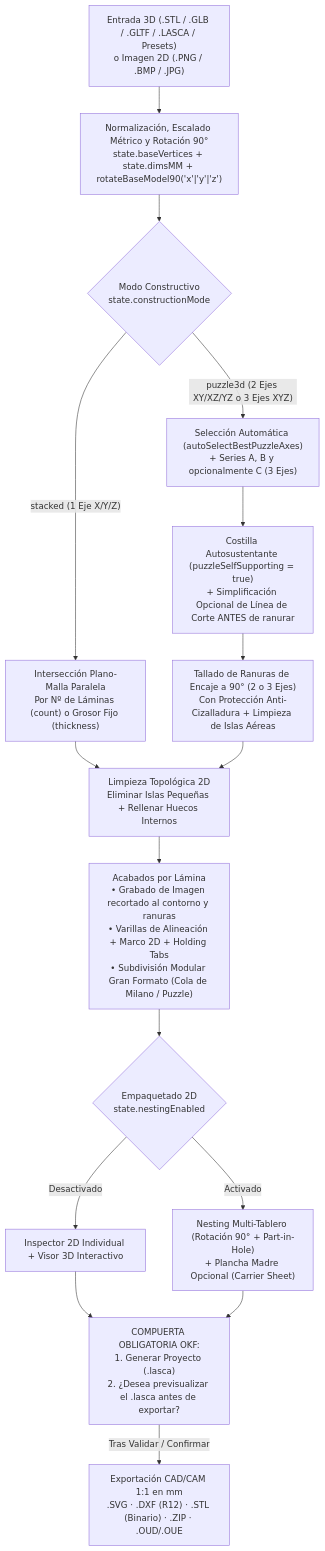
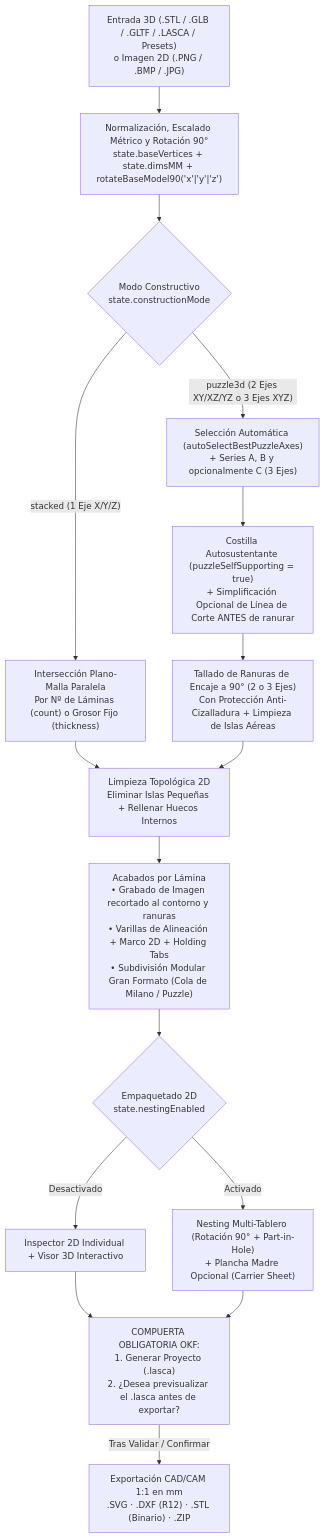
Before and after one commit to nmarafo/layerstudio3D: the diagram in okf/arquitectura_okf.md, drawn with Mermaid. The commit also changed other lines of this file and 6 other files, not shown here.

````diff
--- a/okf/arquitectura_okf.md
+++ b/okf/arquitectura_okf.md
@@ -24,18 +23,18 @@
 ```mermaid
 flowchart TD
     A["Entrada 3D (.STL / .GLB / .GLTF / .LASCA / Presets)<br/>o Imagen 2D (.PNG / .BMP / .JPG)"] --> B["Normalización, Escalado Métrico y Rotación 90°<br/>state.baseVertices + state.dimsMM + rotateBaseModel90('x'|'y'|'z')"]
     B --> C{"Modo Constructivo<br/>state.constructionMode"}
     C -->|"stacked (1 Eje X/Y/Z)"| D["Intersección Plano-Malla Paralela<br/>Por Nº de Láminas (count) o Grosor Fijo (thickness)"]
     C -->|"puzzle3d (2 Ejes XY/XZ/YZ o 3 Ejes XYZ)"| E["Selección Automática (autoSelectBestPuzzleAxes)<br/>+ Series A, B y opcionalmente C (3 Ejes)"]
     E --> F["Costilla Autosustentante (puzzleSelfSupporting = true)<br/>+ Simplificación Opcional de Línea de Corte ANTES de ranurar"]
     F --> G["Tallado de Ranuras de Encaje a 90° (2 o 3 Ejes)<br/>Con Protección Anti-Cizalladura + Limpieza de Islas Aéreas"]
     D --> H["Limpieza Topológica 2D<br/>Eliminar Islas Pequeñas + Rellenar Huecos Internos"]
     G --> H
     H --> I["Acabados por Lámina<br/>• Grabado de Imagen recortado al contorno y ranuras<br/>• Varillas de Alineación + Marco 2D + Holding Tabs<br/>• Subdivisión Modular Gran Formato (Cola de Milano / Puzzle)"]
     I --> J{"Empaquetado 2D<br/>state.nestingEnabled"}
     J -->|"Desactivado"| K["Inspector 2D Individual + Visor 3D Interactivo"]
     J -->|"Activado"| L["Nesting Multi-Tablero (Rotación 90° + Part-in-Hole)<br/>+ Plancha Madre Opcional (Carrier Sheet)"]
     K --> P["COMPUERTA OBLIGATORIA OKF:<br/>1. Generar Proyecto (.lasca)<br/>2. ¿Desea previsualizar el .lasca antes de exportar?"]
     L --> P
-    P -->|"Tras Validar / Confirmar"| M["Exportación CAD/CAM 1:1 en mm<br/>.SVG · .DXF (R12) · .STL (Binario) · .ZIP · .OUD/.OUE"]
+    P -->|"Tras Validar / Confirmar"| M["Exportación CAD/CAM 1:1 en mm<br/>.SVG · .DXF (R12) · .STL (Binario) · .ZIP"]
 ```
````
